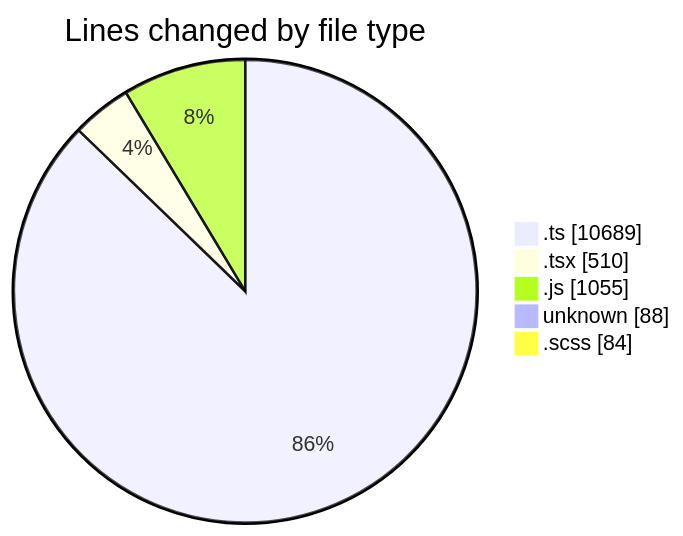
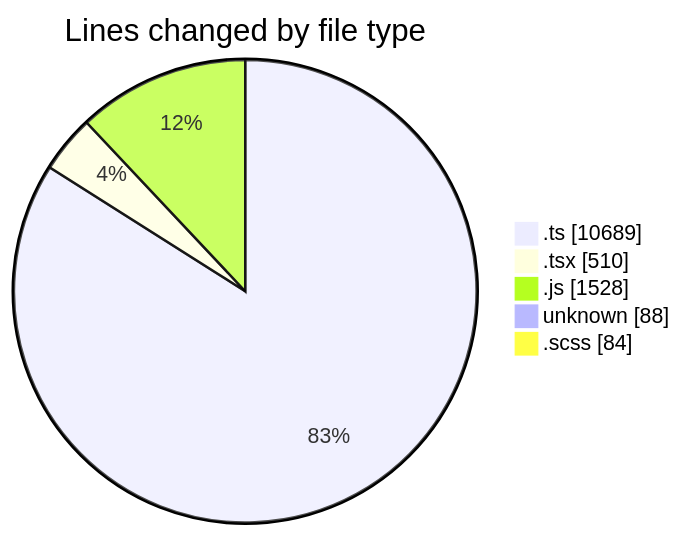
The first of 2 diagrams in 2026-03-11/cda/README.md (momahboobian/code-tracking), drawn with Mermaid before and after one commit. The commit also changed other lines of this file and 1 other file, not shown here.

````diff
--- a/2026-03-11/cda/README.md
+++ b/2026-03-11/cda/README.md
@@ -36,9 +37,9 @@
 ```mermaid
 pie showData
 title Lines changed by file type
 ".ts" : 10689
 ".tsx" : 510
-".js" : 1055
+".js" : 1528
 "unknown" : 88
 ".scss" : 84
 ```
````
